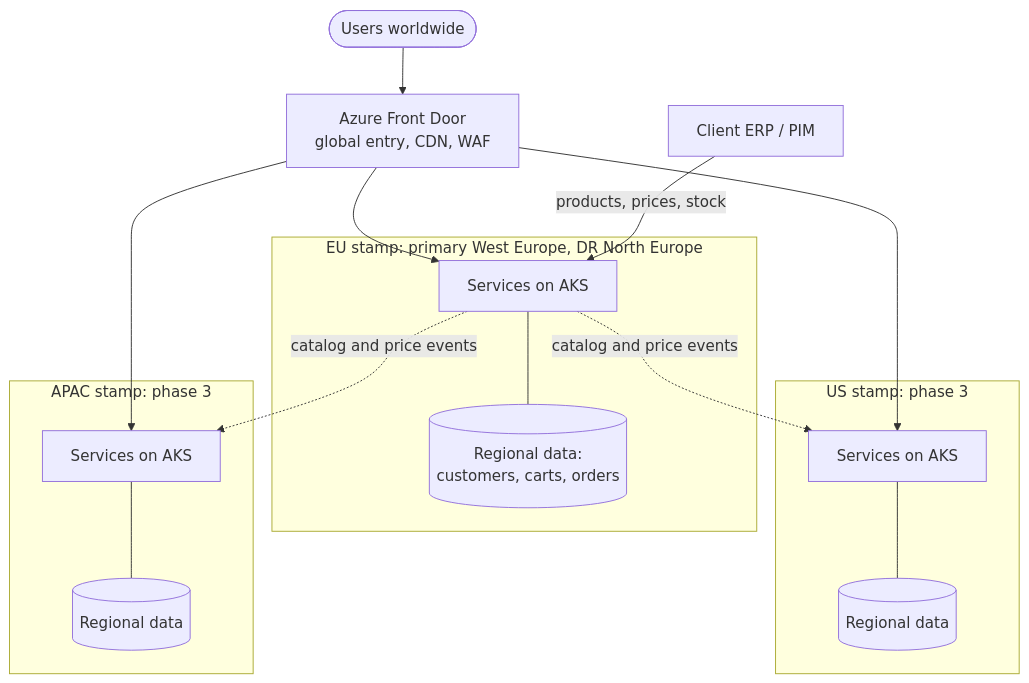
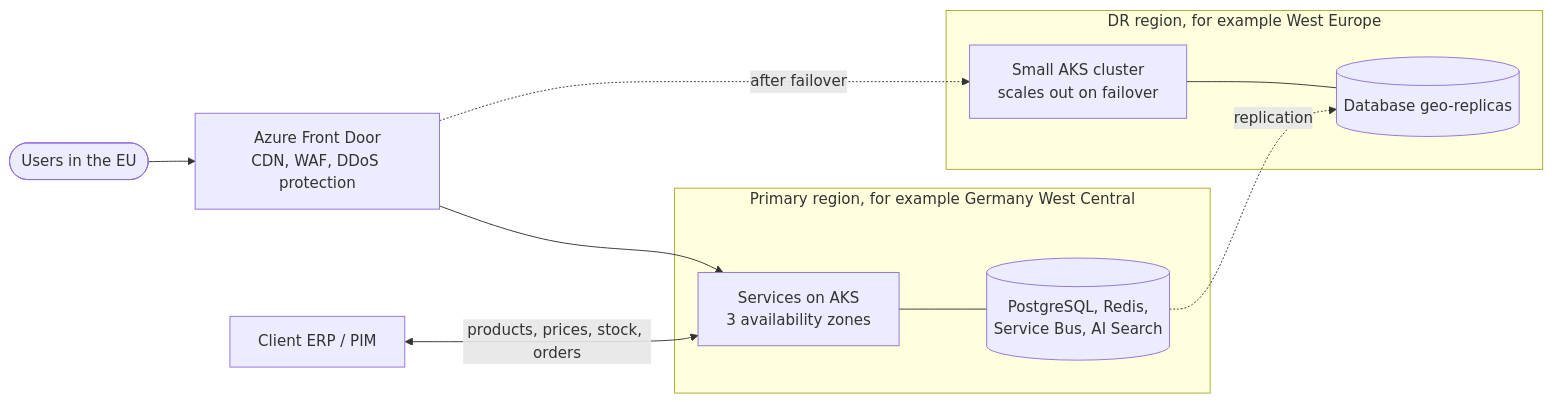
The second of 9 diagrams in docs/architecture.md (robert-miani/abysalto-webshop), drawn with Mermaid before and after one commit. The commit also changed other lines of this file and 1 other file, not shown here.

First line of the commit message:
docs: focus architecture on EU market and shorten document

````diff
--- a/docs/architecture.md
+++ b/docs/architecture.md
@@ -175,31 +157,22 @@
 ```mermaid
-flowchart TB
-    users(["Users worldwide"])
-    fd["Azure Front Door<br/>global entry, CDN, WAF"]
+flowchart LR
+    users(["Users in the EU"])
+    fd["Azure Front Door<br/>CDN, WAF, DDoS protection"]
     erp["Client ERP / PIM"]
 
-    subgraph eu["EU stamp: primary West Europe, DR North Europe"]
-        eu_app["Services on AKS"]
-        eu_data[("Regional data:<br/>customers, carts, orders")]
+    subgraph primary["Primary region, for example Germany West Central"]
+        app["Services on AKS<br/>3 availability zones"]
+        data[("PostgreSQL, Redis,<br/>Service Bus, AI Search")]
     end
-    subgraph us["US stamp: phase 3"]
-        us_app["Services on AKS"]
-        us_data[("Regional data")]
-    end
-    subgraph apac["APAC stamp: phase 3"]
-        ap_app["Services on AKS"]
-        ap_data[("Regional data")]
+    subgraph dr["DR region, for example West Europe"]
+        drapp["Small AKS cluster<br/>scales out on failover"]
+        drdata[("Database geo-replicas")]
     end
 
-    users --> fd
-    fd --> eu_app
-    fd --> us_app
-    fd --> ap_app
-    eu_app --- eu_data
-    us_app --- us_data
-    ap_app --- ap_data
-
-    erp -->|"products, prices, stock"| eu_app
-    eu_app -.->|"catalog and price events"| us_app
-    eu_app -.->|"catalog and price events"| ap_app
+    users --> fd --> app
+    fd -.->|"after failover"| drapp
+    app --- data
+    drapp --- drdata
+    data -.->|"replication"| drdata
+    erp <-->|"products, prices, stock, orders"| app
 ```
````
